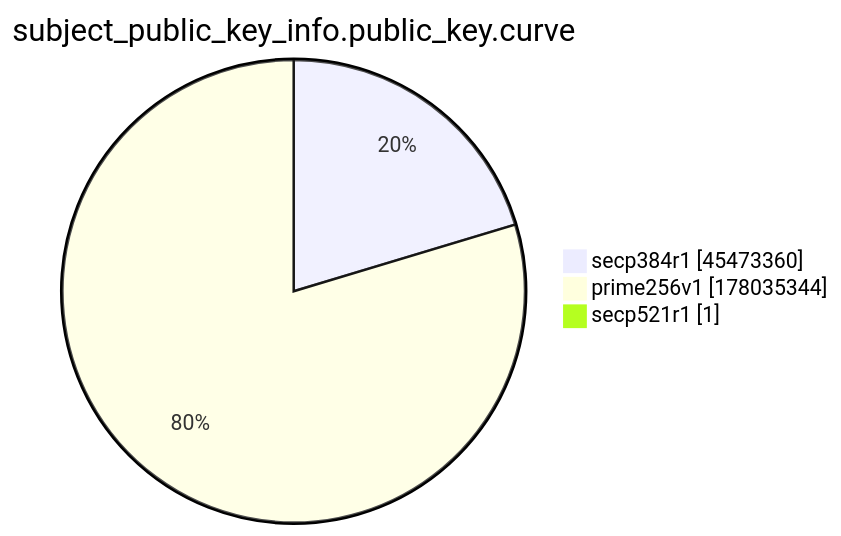
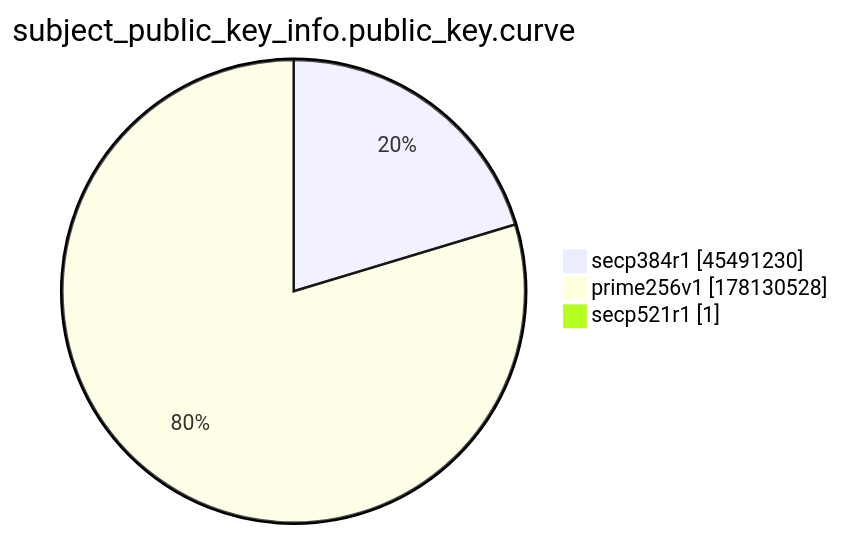
The ninth of 15 diagrams in xenon2022/README.md (christiankrug/ctmonitor_visualization), drawn with Mermaid before and after one commit. The commit also changed other lines of this file, not shown here.

````diff
--- a/xenon2022/README.md
+++ b/xenon2022/README.md
@@ -2873,7 +2873,7 @@
 ```mermaid
 pie showData
 title subject_public_key_info.public_key.curve
-"secp384r1" :45473360
-"prime256v1" :178035344
+"secp384r1" :45491230
+"prime256v1" :178130528
 "secp521r1" :1
 ```
````
